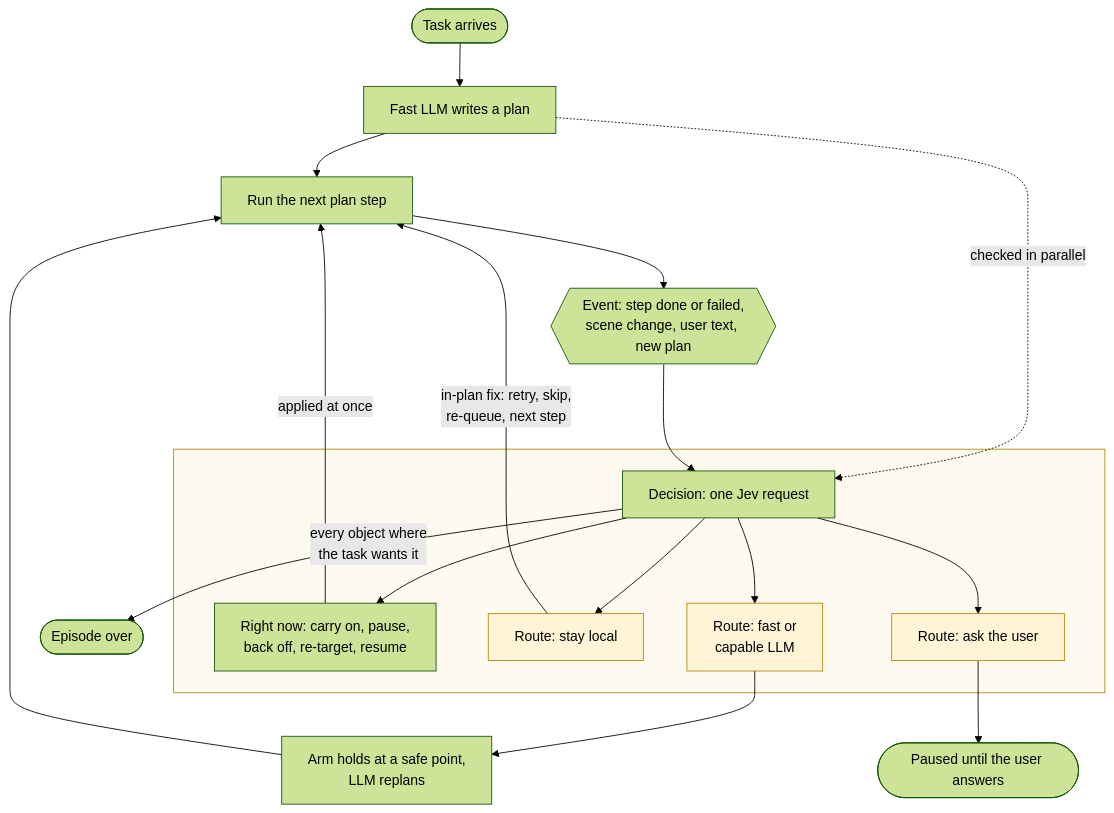
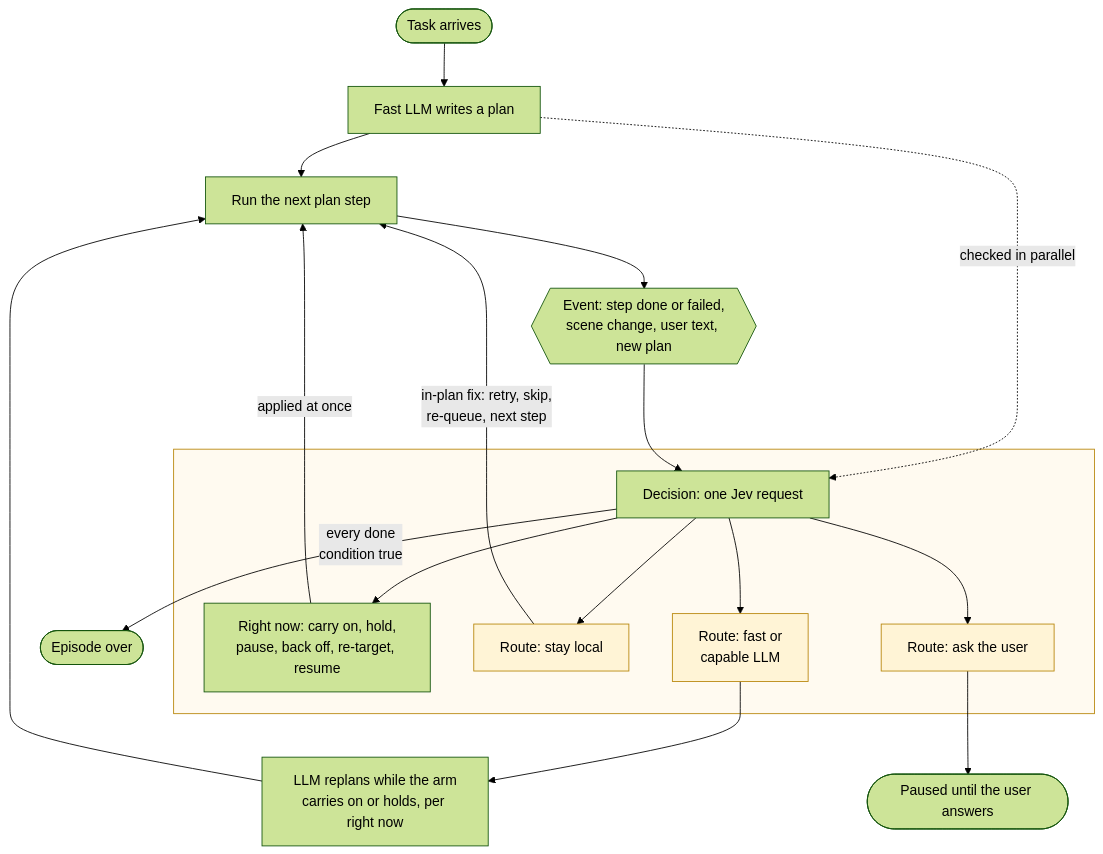
The second of 7 diagrams in docs/v2-diagrams.md (alee792/robojev), drawn with Mermaid (forest theme) before and after one commit. The commit also changed other lines of this file and 2 other files, not shown here.

First line of the commit message:
v2: standalone rewrite (principles state the system, sorting example, Jev decides carry on or hold during a replan, terms at the bottom, deferred and open questions updated); spike results move to docs/spike-outcomes.md; diagrams follow the sorting example

````diff
--- a/docs/v2-diagrams.md
+++ b/docs/v2-diagrams.md
@@ -50,27 +50,27 @@
 ```mermaid
 flowchart TB
     start([Task arrives]) --> plan[Fast LLM writes a plan]
     plan --> run[Run the next plan step]
     plan -. "checked in parallel" .-> dec
     run --> ev{{Event: step done or failed,<br/>scene change, user text, new plan}}
     ev --> dec
 
     subgraph decision [" "]
         dec[Decision: one Jev request]
-        dec --> now[Right now: carry on, pause,<br/>back off, re-target, resume]
+        dec --> now[Right now: carry on, hold,<br/>pause, back off, re-target, resume]
         dec --> r_local[Route: stay local]
         dec --> r_llm[Route: fast or<br/>capable LLM]
         dec --> r_user[Route: ask the user]
     end
 
     now -- "applied at once" --> run
     r_local -- "in-plan fix: retry, skip,<br/>re-queue, next step" --> run
-    r_llm --> hold[Arm holds at a safe point,<br/>LLM replans]
+    r_llm --> hold[LLM replans while the arm<br/>carries on or holds, per right now]
     hold --> run
     r_user --> paused([Paused until the user answers])
-    dec -- "every object where<br/>the task wants it" --> done([Episode over])
+    dec -- "every done<br/>condition true" --> done([Episode over])
 
     classDef route fill:#fff4d6,stroke:#b8860b
     class r_local,r_llm,r_user route
     style decision fill:#fffaf0,stroke:#b8860b
 ```
````
